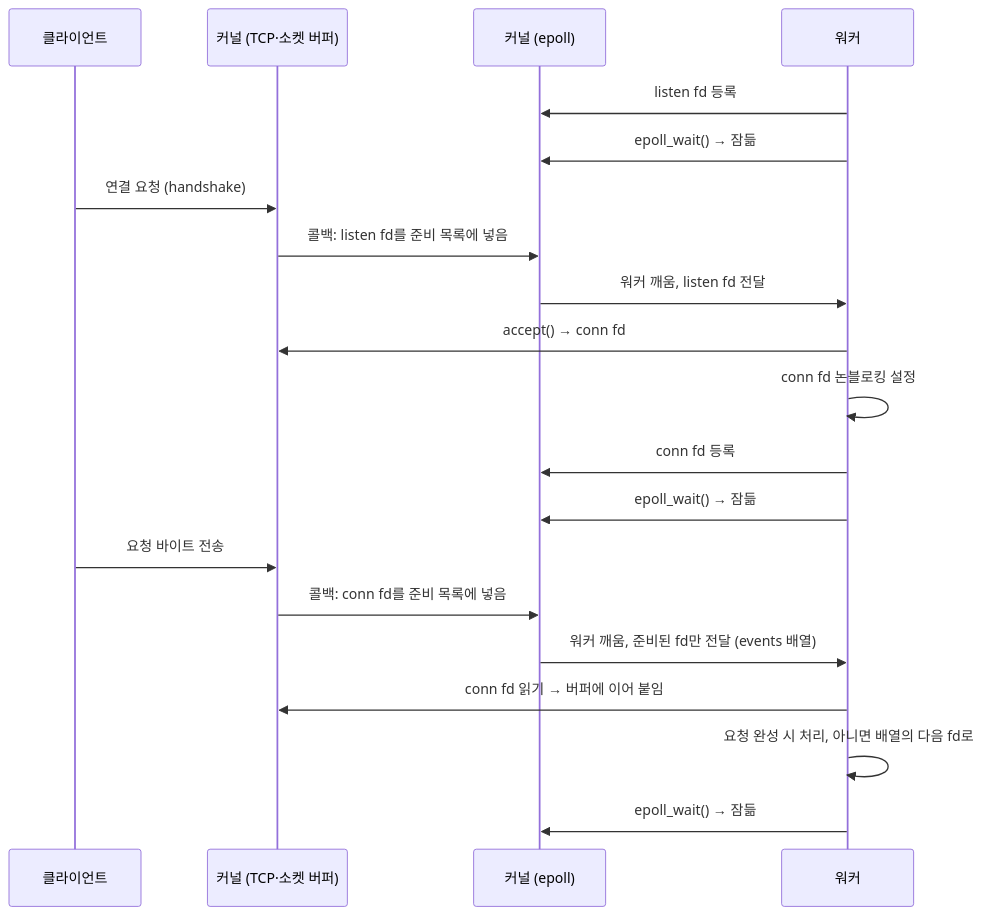
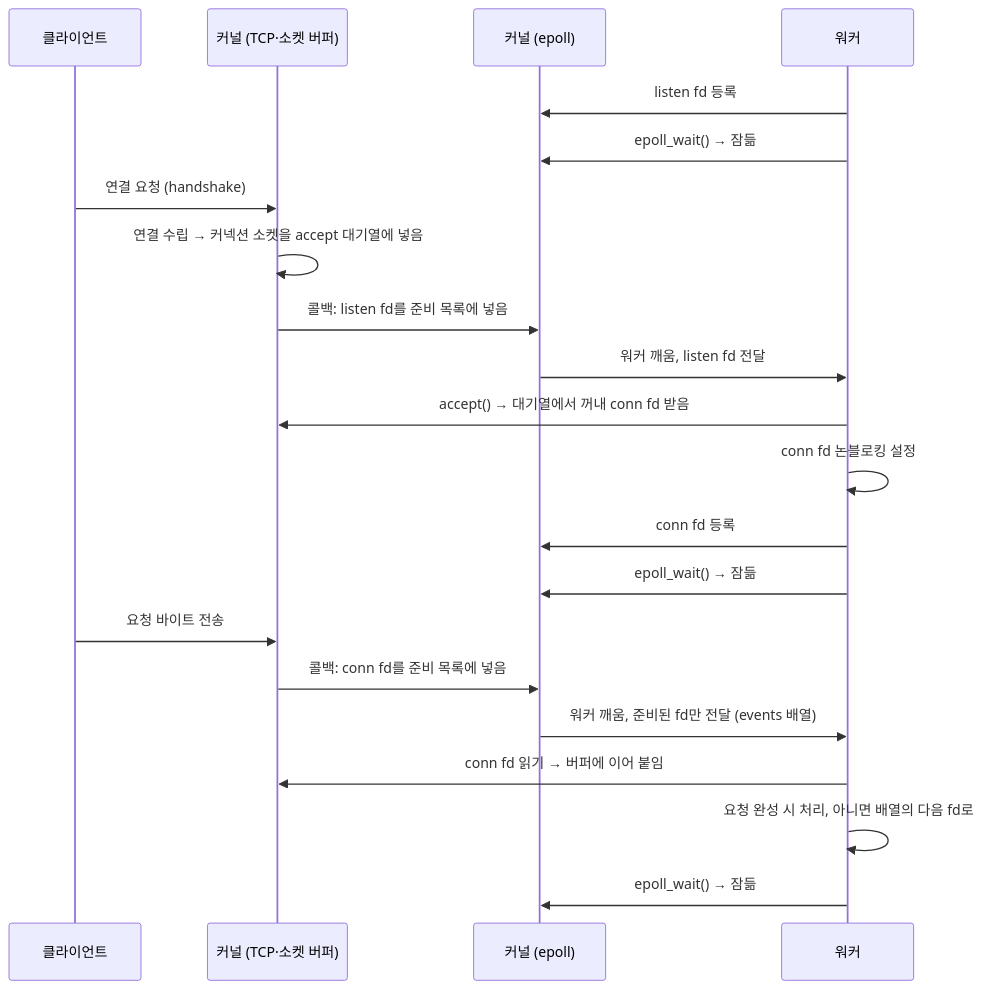
Before and after one commit to choimoohun/SW-AI-W13-Web-Server: the first of 2 diagrams in README.md, drawn with Mermaid.

````diff
--- a/README.md
+++ b/README.md
@@ -43,25 +43,26 @@
 ```mermaid
 sequenceDiagram
     participant C as 클라이언트
     participant K as 커널 (TCP·소켓 버퍼)
     participant E as 커널 (epoll)
     participant W as 워커
 
     W->>E: listen fd 등록
     W->>E: epoll_wait() → 잠듦
 
     C->>K: 연결 요청 (handshake)
+    K->>K: 연결 수립 → 커넥션 소켓을 accept 대기열에 넣음
     K->>E: 콜백: listen fd를 준비 목록에 넣음
     E->>W: 워커 깨움, listen fd 전달
-    W->>K: accept() → conn fd
+    W->>K: accept() → 대기열에서 꺼내 conn fd 받음
     W->>W: conn fd 논블로킹 설정
     W->>E: conn fd 등록
     W->>E: epoll_wait() → 잠듦
 
     C->>K: 요청 바이트 전송
     K->>E: 콜백: conn fd를 준비 목록에 넣음
     E->>W: 워커 깨움, 준비된 fd만 전달 (events 배열)
     W->>K: conn fd 읽기 → 버퍼에 이어 붙임
     W->>W: 요청 완성 시 처리, 아니면 배열의 다음 fd로
     W->>E: epoll_wait() → 잠듦
 ```
````
